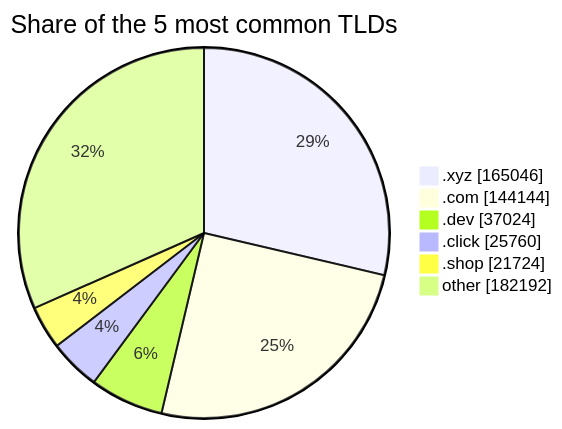
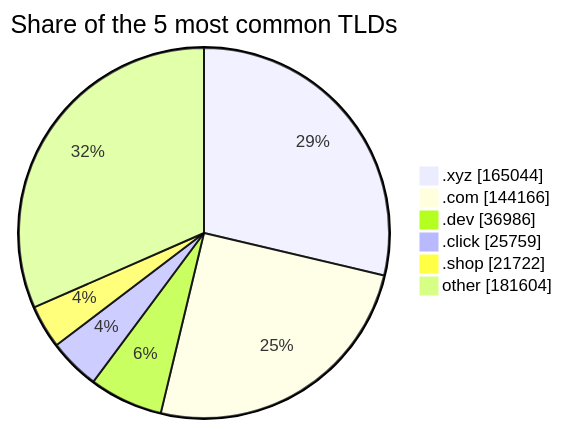
One commit to DNSBunker/CTI changed the third of 3 diagrams in README.md. Above: the diagram before and after it, drawn with Mermaid. The commit also changed other lines of this file and 3 other files, not shown here.

````diff
--- a/README.md
+++ b/README.md
@@ -81,9 +81,9 @@
 ```mermaid
 pie showData title Share of the 5 most common TLDs
-    ".xyz" : 165046
-    ".com" : 144144
-    ".dev" : 37024
-    ".click" : 25760
-    ".shop" : 21724
-    "other" : 182192
+    ".xyz" : 165044
+    ".com" : 144166
+    ".dev" : 36986
+    ".click" : 25759
+    ".shop" : 21722
+    "other" : 181604
 ```
````
